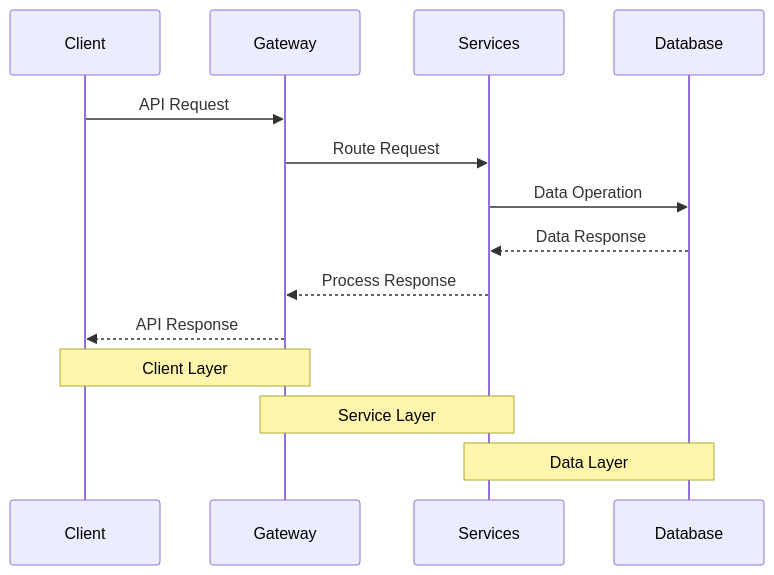
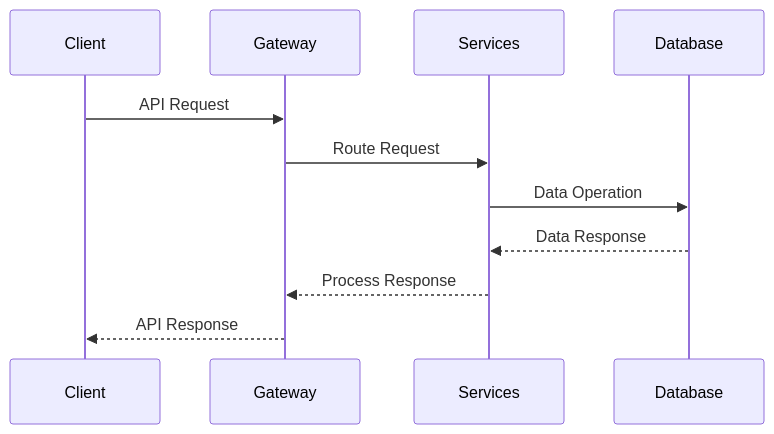
Before and after one commit to MEMEFANS/memefans: the third of 6 diagrams in docs/whitepaper/technical-architecture.md, drawn with Mermaid. The commit also changed other lines of this file and 1 other file, not shown here.

Commit message:
fix: optimize mermaid flowcharts format and rendering

````diff
--- a/docs/whitepaper/technical-architecture.md
+++ b/docs/whitepaper/technical-architecture.md
@@ -259,18 +128,14 @@
-<div class="mermaid">
+```mermaid
 sequenceDiagram
-    participant C as Client
-    participant G as Gateway
-    participant S as Services
-    participant D as Database
+    participant Client
+    participant Gateway
+    participant Services
+    participant Database
     
-    C->>G: API Request
-    G->>S: Route Request
-    S->>D: Data Operation
-    D-->>S: Data Response
-    S-->>G: Process Response
-    G-->>C: API Response
-    
-    Note over C,G: Client Layer
-    Note over G,S: Service Layer
-    Note over S,D: Data Layer
-</div>
+    Client->>Gateway: API Request
+    Gateway->>Services: Route Request
+    Services->>Database: Data Operation
+    Database-->>Services: Data Response
+    Services-->>Gateway: Process Response
+    Gateway-->>Client: API Response
+```
````
